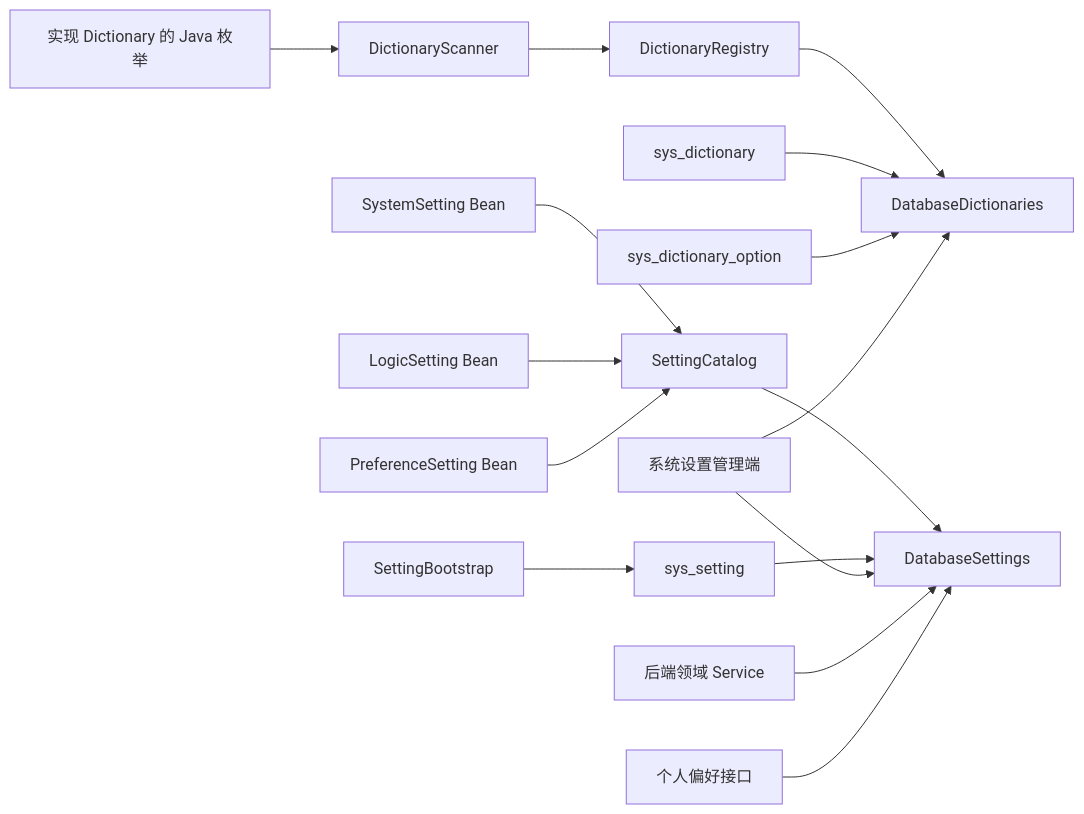
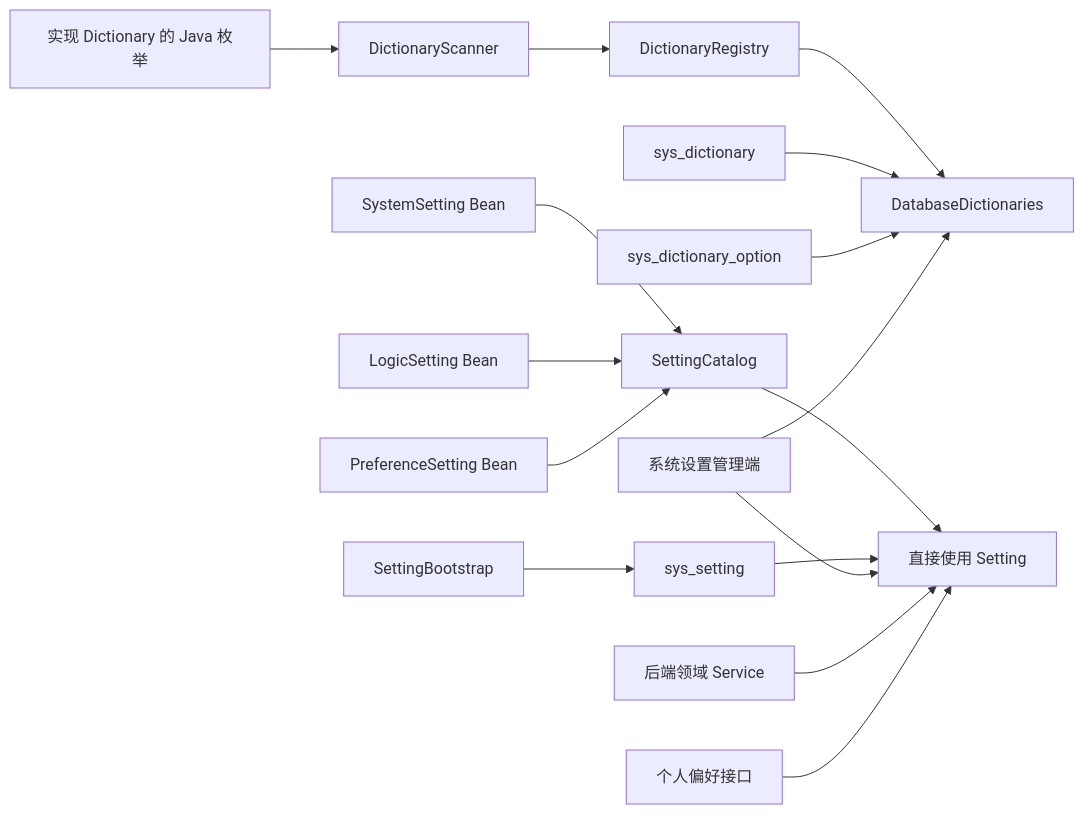
The diagram in docs/tutorials/settings-and-dictionaries.md (SH-XiaoXiu/sca4d-j), drawn with Mermaid before and after one commit. The commit also changed other lines of this file and 3775 other files, not shown here.

````diff
--- a/docs/tutorials/settings-and-dictionaries.md
+++ b/docs/tutorials/settings-and-dictionaries.md
@@ -27,33 +42,33 @@
 ```mermaid
 flowchart LR
     Enum[实现 Dictionary 的 Java 枚举]
     Scanner[DictionaryScanner]
     Registry[DictionaryRegistry]
     DictionaryTable[sys_dictionary]
     OptionTable[sys_dictionary_option]
     Dictionaries[DatabaseDictionaries]
     SystemSetting[SystemSetting Bean]
     LogicSetting[LogicSetting Bean]
     PreferenceSetting[PreferenceSetting Bean]
     Catalog[SettingCatalog]
     SettingTable[sys_setting]
     Bootstrap[SettingBootstrap]
-    Settings[DatabaseSettings]
+    Setting[直接使用 Setting]
     SystemAdmin[系统设置管理端]
     DomainService[后端领域 Service]
     PreferenceApi[个人偏好接口]
 
     Enum --> Scanner --> Registry --> Dictionaries
     DictionaryTable --> Dictionaries
     OptionTable --> Dictionaries
     SystemSetting --> Catalog
     LogicSetting --> Catalog
     PreferenceSetting --> Catalog
-    Catalog --> Settings
-    SettingTable --> Settings
+    Catalog --> Setting
+    SettingTable --> Setting
     Bootstrap --> SettingTable
     SystemAdmin --> Dictionaries
-    SystemAdmin --> Settings
-    DomainService --> Settings
-    PreferenceApi --> Settings
+    SystemAdmin --> Setting
+    DomainService --> Setting
+    PreferenceApi --> Setting
 ```
````
